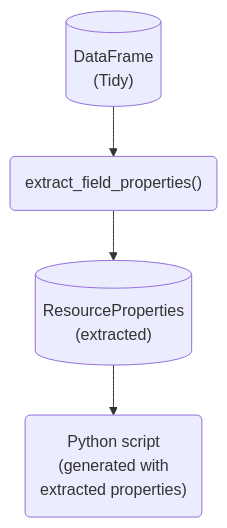
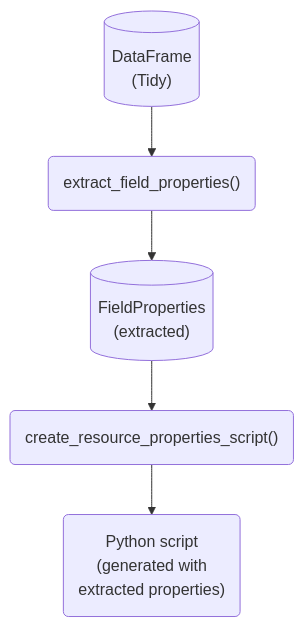
One commit to seedcase-project/seedcase-sprout changed the second of 9 diagrams in docs/design/interface/flows.qmd. Above: the diagram before and after it, drawn with Mermaid. The commit also changed other lines of this file, not shown here.

First line of the commit message:
docs: :memo: update the flow docs to match latest changes (#1452)

````diff
--- a/docs/design/interface/flows.qmd
+++ b/docs/design/interface/flows.qmd
@@ -75,14 +84,16 @@
 ```{mermaid}
-%%| label: fig-flow-extract-resource-properties
-%%| fig-cap: "Diagram showing the flow of objects and functions to extract resource properties from data."
-%%| fig-alt: "A flow diagram showing the steps to extract resource properties from data."
+%%| label: fig-flow-extract-field-properties
+%%| fig-cap: "Diagram showing the flow of objects and functions to extract a resource's field properties from data."
+%%| fig-alt: "A flow diagram showing the steps to extract field properties from data."
 flowchart
     data[("DataFrame<br>(Tidy)")]
-    properties_extracted[("ResourceProperties<br>(extracted)")]
+    properties_extracted[("FieldProperties<br>(extracted)")]
     extract_field_properties("extract_field_properties()")
     python_script("Python script<br>(generated with<br>extracted properties)")
+    create_script("create_resource_properties_script()")
 
     data --> extract_field_properties
     extract_field_properties --> properties_extracted
-    properties_extracted --> python_script
+    properties_extracted --> create_script
+    create_script --> python_script
 ```
````
